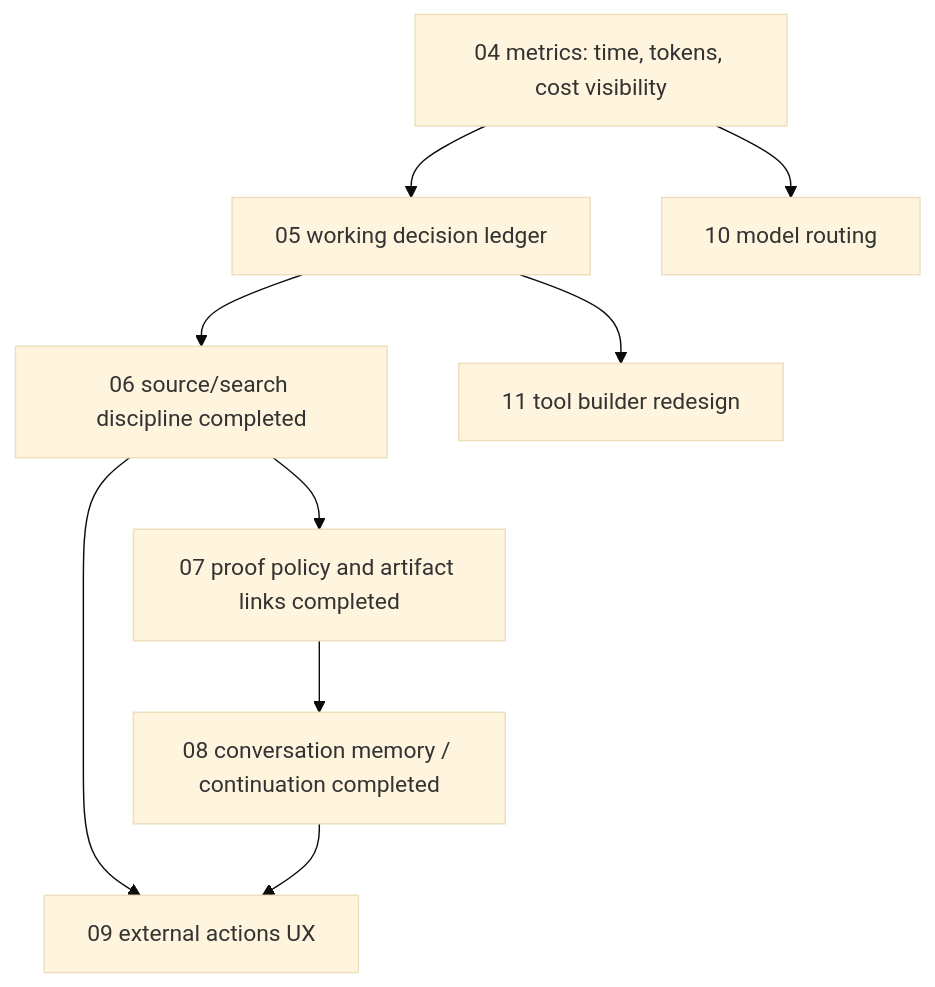
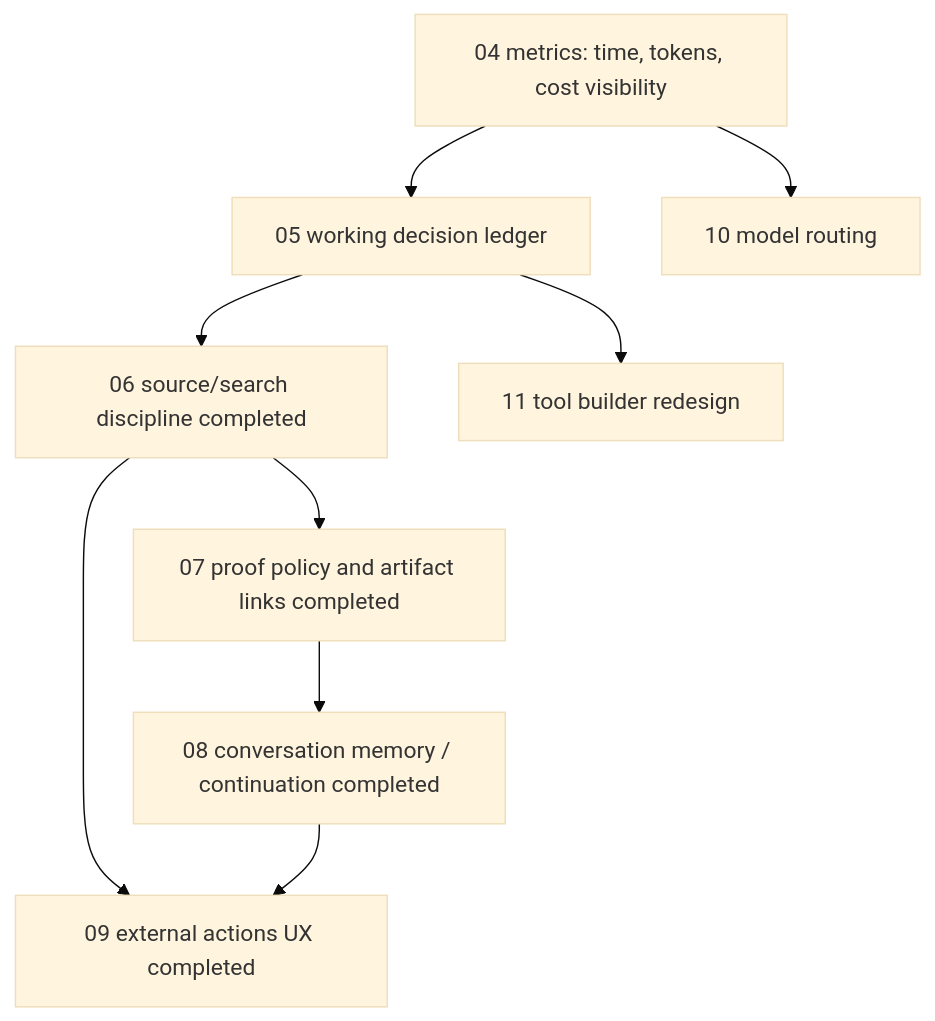
Before and after one commit to ruler47/agentic: the diagram in docs/tasks/README.md, drawn with Mermaid (base theme). The commit also changed other lines of this file and 21 other files, not shown here.

````diff
--- a/docs/tasks/README.md
+++ b/docs/tasks/README.md
@@ -40,11 +39,11 @@
 ```mermaid
 flowchart TD
   A["04 metrics: time, tokens, cost visibility"] --> B["05 working decision ledger"]
   B --> C["06 source/search discipline completed"]
   C --> D["07 proof policy and artifact links completed"]
   D --> E["08 conversation memory / continuation completed"]
-  C --> F["09 external actions UX"]
+  C --> F["09 external actions UX completed"]
   E --> F
   A --> G["10 model routing"]
   B --> H["11 tool builder redesign"]
 ```
````
